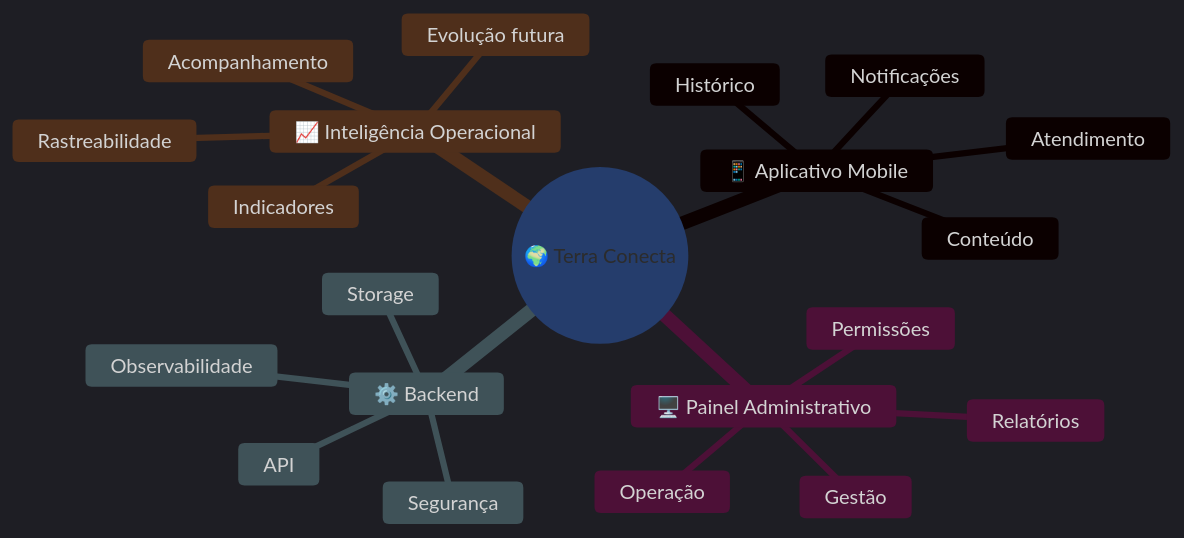
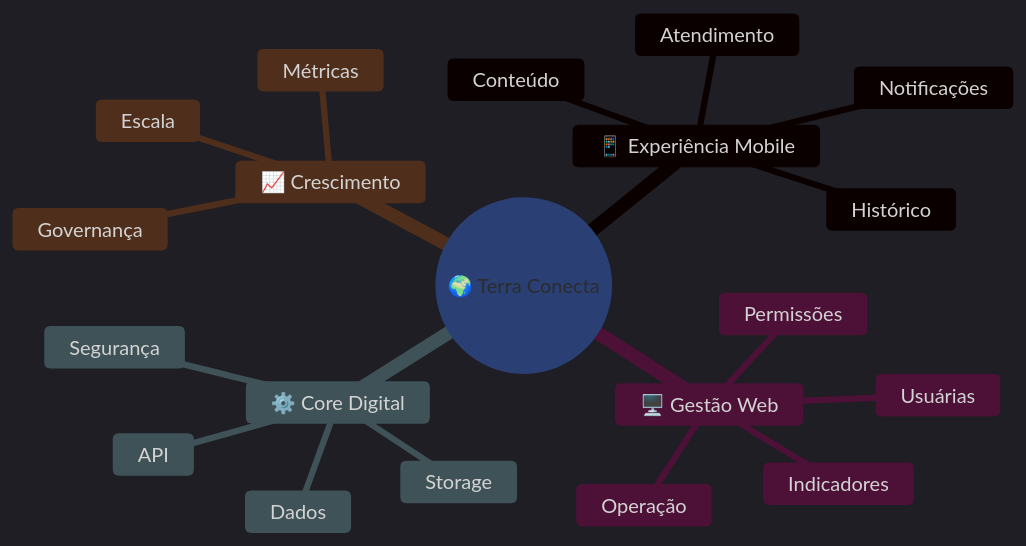
The first of 7 diagrams in test.md (matheusdiamantino-betalent/questions-ai), drawn with Mermaid before and after one commit. The commit also changed other lines of this file, not shown here.

````diff
--- a/test.md
+++ b/test.md
@@ -79,38 +65,36 @@
 ```mermaid
 %%{init: {
-  'theme': 'dark',
-  'themeVariables': {
-    'background': '#050816',
-    'primaryColor': '#00F5FF',
-    'primaryTextColor': '#E5F9FF',
-    'primaryBorderColor': '#39FF14',
-    'lineColor': '#7C3AED',
-    'secondaryColor': '#0B1220',
-    'secondaryTextColor': '#E5F9FF',
-    'tertiaryColor': '#111827',
-    'tertiaryTextColor': '#E5F9FF'
-  }
-}}%%
+'theme':'dark',
+'themeVariables':{
+'background':'#050816',
+'primaryColor':'#00E5FF',
+'primaryTextColor':'#F8FAFC',
+'primaryBorderColor':'#39FF14',
+'lineColor':'#8B5CF6',
+'secondaryColor':'#0F172A',
+'secondaryTextColor':'#F8FAFC',
+'tertiaryColor':'#111827',
+'tertiaryTextColor':'#F8FAFC'
+}}}%%
 mindmap
-  root((🌍 Terra Conecta))
-    📱 Aplicativo Mobile
-      Atendimento
-      Conteúdo
-      Histórico
-      Notificações
-    🖥️ Painel Administrativo
-      Gestão
-      Relatórios
-      Operação
-      Permissões
-    ⚙️ Backend
-      API
-      Segurança
-      Storage
-      Observabilidade
-    📈 Inteligência Operacional
-      Indicadores
-      Rastreabilidade
-      Acompanhamento
-      Evolução futura
+root((🌍 Terra Conecta))
+  📱 Experiência Mobile
+    Atendimento
+    Conteúdo
+    Histórico
+    Notificações
+  🖥️ Gestão Web
+    Usuárias
+    Operação
+    Indicadores
+    Permissões
+  ⚙️ Core Digital
+    API
+    Dados
+    Segurança
+    Storage
+  📈 Crescimento
+    Métricas
+    Governança
+    Escala
 ```
````
